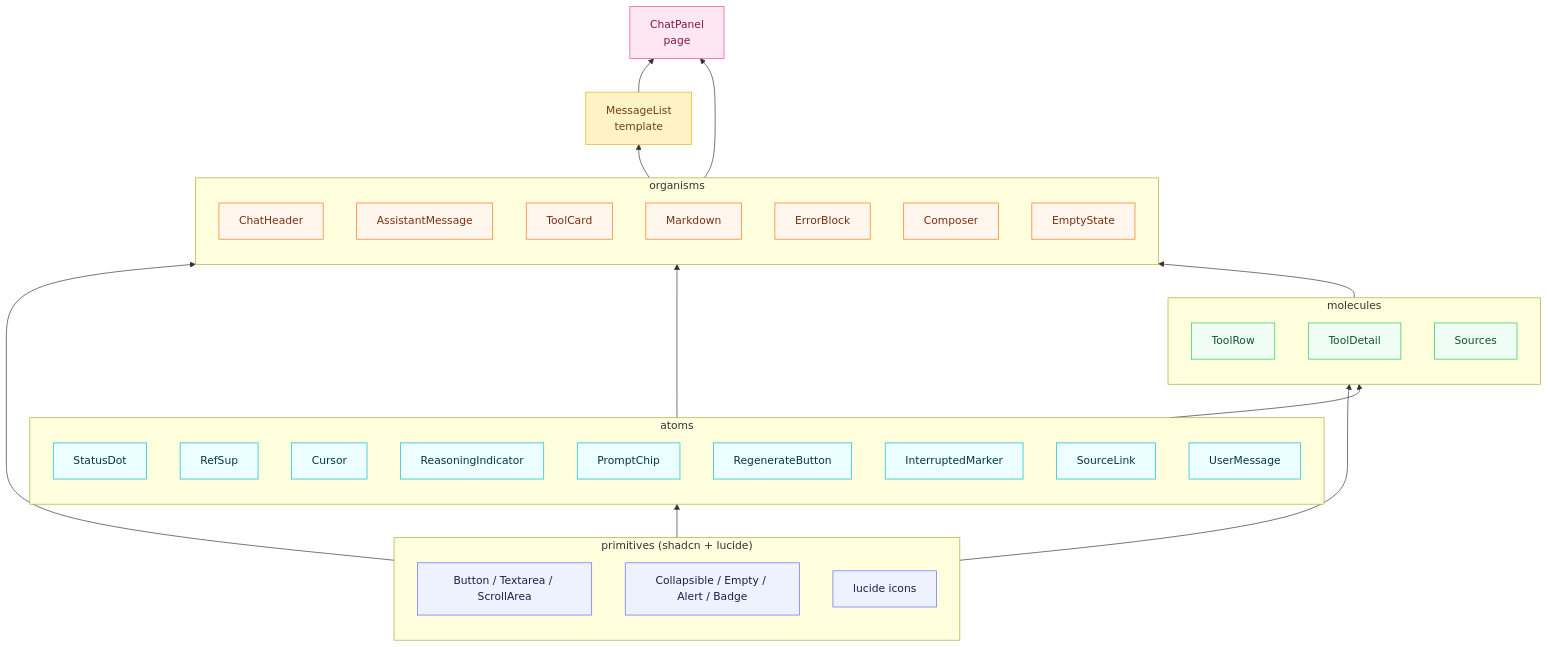
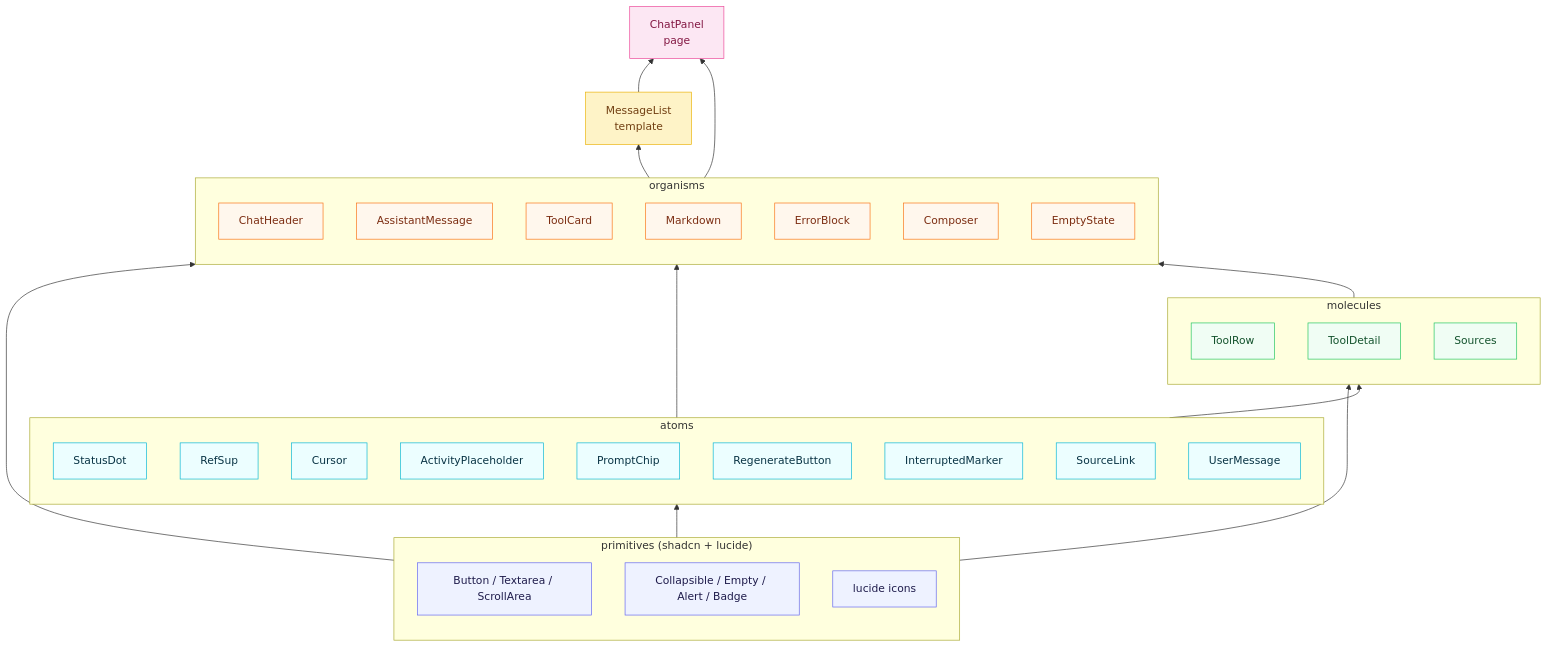
Before and after one commit to wei-yiting/fin-lab-x: the first of 4 diagrams in docs/frontend_chat_architecture.md, drawn with Mermaid. The commit also changed other lines of this file and 19 other files, not shown here.

````diff
--- a/docs/frontend_chat_architecture.md
+++ b/docs/frontend_chat_architecture.md
@@ -15,63 +15,63 @@
 ```mermaid
 flowchart BT
     subgraph primitives["primitives (shadcn + lucide)"]
         P1[Button / Textarea / ScrollArea]
         P2[Collapsible / Empty / Alert / Badge]
         P3[lucide icons]
     end
 
     subgraph atoms
         StatusDot
         RefSup
         Cursor
-        ReasoningIndicator
+        ActivityPlaceholder
         PromptChip
         RegenerateButton
         InterruptedMarker
         SourceLink
         UserMessage
     end
 
     subgraph molecules
         ToolRow
         ToolDetail
         Sources
     end
 
     subgraph organisms
         ChatHeader
         AssistantMessage
         ToolCard
         Markdown
         ErrorBlock
         Composer
         EmptyState
     end
 
     MessageList[MessageList<br/>template]
     ChatPanel[ChatPanel<br/>page]
 
     primitives --> atoms
     primitives --> molecules
     primitives --> organisms
     atoms --> molecules
     atoms --> organisms
     molecules --> organisms
     organisms --> MessageList
     MessageList --> ChatPanel
     organisms --> ChatPanel
 
     classDef primitiveCls fill:#eef2ff,stroke:#6366f1,color:#1e1b4b
     classDef atomCls fill:#ecfeff,stroke:#06b6d4,color:#083344
     classDef moleculeCls fill:#f0fdf4,stroke:#22c55e,color:#14532d
     classDef organismCls fill:#fff7ed,stroke:#f97316,color:#7c2d12
     classDef templateCls fill:#fef3c7,stroke:#eab308,color:#713f12
     classDef pageCls fill:#fce7f3,stroke:#ec4899,color:#831843
 
     class P1,P2,P3 primitiveCls
-    class StatusDot,RefSup,Cursor,ReasoningIndicator,PromptChip,RegenerateButton,InterruptedMarker,SourceLink,UserMessage atomCls
+    class StatusDot,RefSup,Cursor,ActivityPlaceholder,PromptChip,RegenerateButton,InterruptedMarker,SourceLink,UserMessage atomCls
     class ToolRow,ToolDetail,Sources moleculeCls
     class ChatHeader,AssistantMessage,ToolCard,Markdown,ErrorBlock,Composer,EmptyState organismCls
     class MessageList templateCls
     class ChatPanel pageCls
 ```
````
